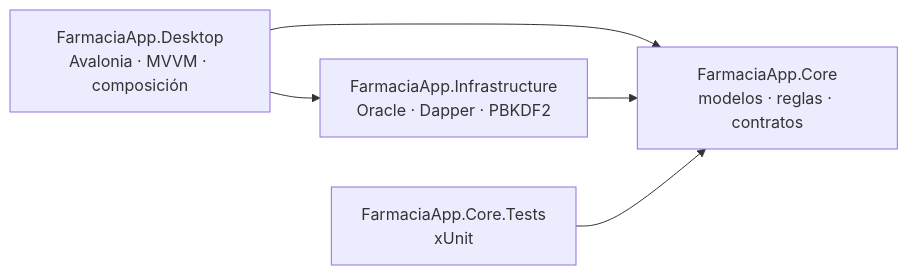
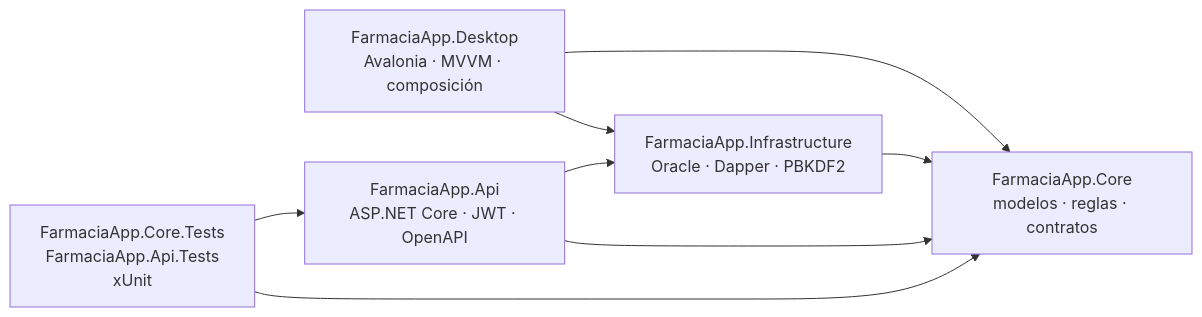
Before and after one commit to santyxswc/FarmaciaApp: the diagram in README.md, drawn with Mermaid. The commit also changed other lines of this file and 1 other file, not shown here.

Commit message:
docs: documentar la API REST y el despliegue con Docker

````diff
--- a/README.md
+++ b/README.md
@@ -68,8 +76,11 @@
 ```mermaid
 flowchart LR
   Desktop["FarmaciaApp.Desktop<br/>Avalonia · MVVM · composición"] --> Core
   Desktop --> Infrastructure
   Infrastructure["FarmaciaApp.Infrastructure<br/>Oracle · Dapper · PBKDF2"] --> Core
   Core["FarmaciaApp.Core<br/>modelos · reglas · contratos"]
-  Tests["FarmaciaApp.Core.Tests<br/>xUnit"] --> Core
+  Api["FarmaciaApp.Api<br/>ASP.NET Core · JWT · OpenAPI"] --> Core
+  Api --> Infrastructure
+  Tests["FarmaciaApp.Core.Tests<br/>FarmaciaApp.Api.Tests<br/>xUnit"] --> Core
+  Tests --> Api
 ```
````
